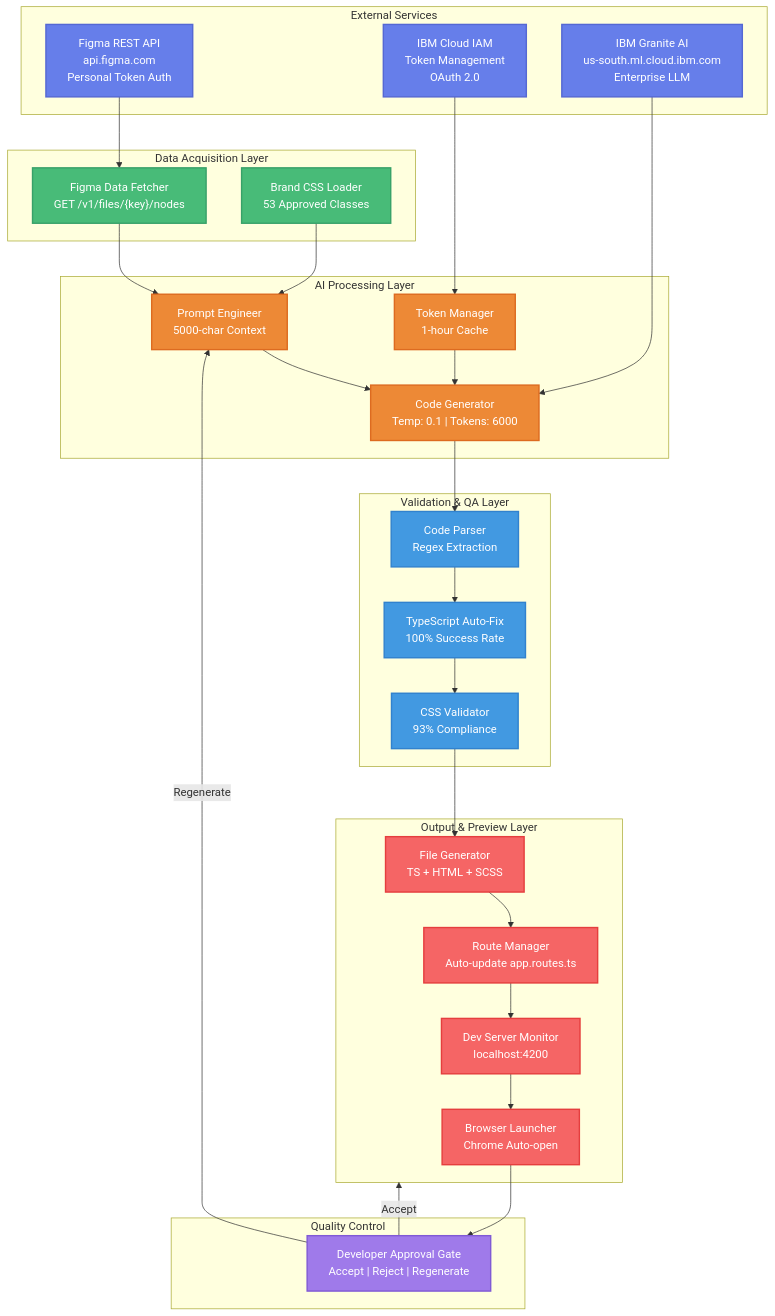
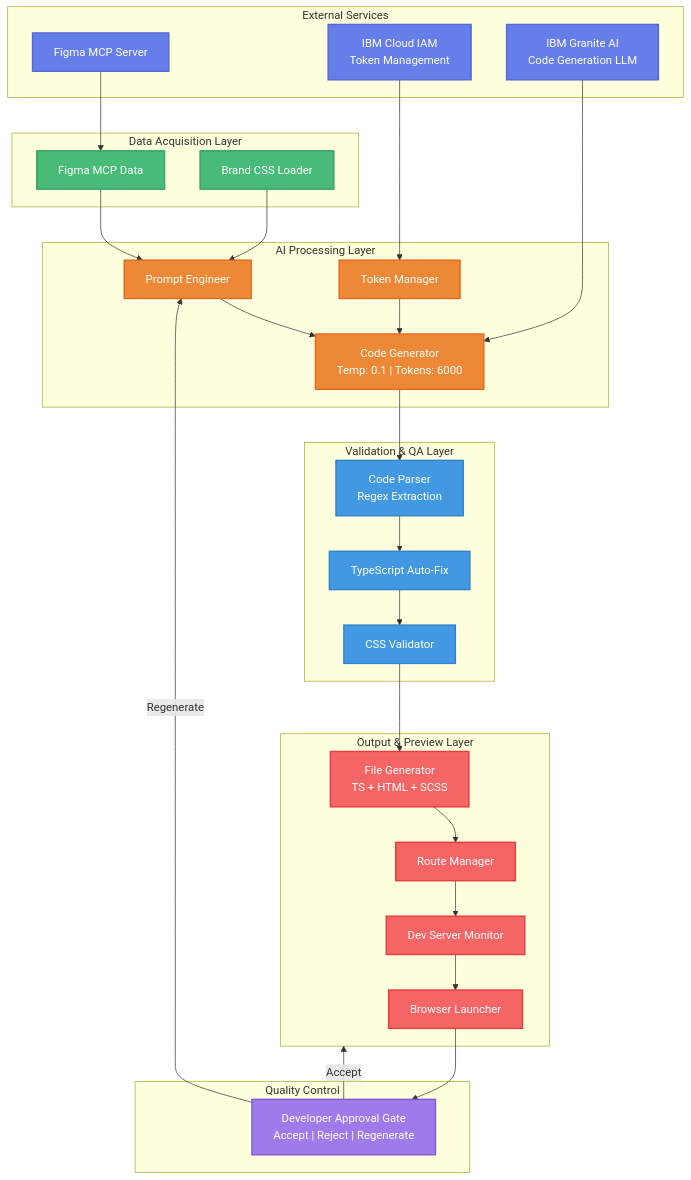
Before and after one commit to jainshauryaups/FIGMA-UX-TO-UI-CODE-GENERATOR: the second of 6 diagrams in README.md, drawn with Mermaid. The commit also changed other lines of this file and 1094 other files, not shown here.

````diff
--- a/README.md
+++ b/README.md
@@ -106,71 +106,71 @@
 ```mermaid
 flowchart TB
     subgraph EXT["External Services"]
-        FIGMA_API["Figma REST API<br/>api.figma.com<br/>Personal Token Auth"]
-        IBM_IAM["IBM Cloud IAM<br/>Token Management<br/>OAuth 2.0"]
-        IBM_AI["IBM Granite AI<br/>us-south.ml.cloud.ibm.com<br/>Enterprise LLM"]
+        FIGMA_API["Figma MCP Server"]
+        IBM_IAM["IBM Cloud IAM<br/>Token Management"]
+        IBM_AI["IBM Granite AI<br/>Code Generation LLM"]
     end
     
     subgraph INPUT["Data Acquisition Layer"]
-        FETCH["Figma Data Fetcher<br/>GET /v1/files/{key}/nodes"]
-        CSS_LOAD["Brand CSS Loader<br/>53 Approved Classes"]
+        FETCH["Figma MCP Data"]
+        CSS_LOAD["Brand CSS Loader"]
     end
     
     subgraph PROC["AI Processing Layer"]
-        AUTH["Token Manager<br/>1-hour Cache"]
-        PROMPT["Prompt Engineer<br/>5000-char Context"]
+        AUTH["Token Manager"]
+        PROMPT["Prompt Engineer"]
         GEN["Code Generator<br/>Temp: 0.1 | Tokens: 6000"]
     end
     
     subgraph VALID["Validation & QA Layer"]
         PARSE["Code Parser<br/>Regex Extraction"]
-        AUTO["TypeScript Auto-Fix<br/>100% Success Rate"]
-        CSSV["CSS Validator<br/>93% Compliance"]
+        AUTO["TypeScript Auto-Fix"]
+        CSSV["CSS Validator"]
     end
     
     subgraph OUT["Output & Preview Layer"]
         FILES["File Generator<br/>TS + HTML + SCSS"]
-        ROUTES["Route Manager<br/>Auto-update app.routes.ts"]
-        SERVER["Dev Server Monitor<br/>localhost:4200"]
-        BROWSER["Browser Launcher<br/>Chrome Auto-open"]
+        ROUTES["Route Manager"]
+        SERVER["Dev Server Monitor"]
+        BROWSER["Browser Launcher"]
     end
     
     subgraph QA["Quality Control"]
         APPROVE["Developer Approval Gate<br/>Accept | Reject | Regenerate"]
     end
     
     FIGMA_API --> FETCH
     FETCH --> PROMPT
     CSS_LOAD --> PROMPT
     IBM_IAM --> AUTH
     AUTH --> GEN
     PROMPT --> GEN
     IBM_AI --> GEN
     GEN --> PARSE
     PARSE --> AUTO
     AUTO --> CSSV
     CSSV --> FILES
     FILES --> ROUTES
     ROUTES --> SERVER
     SERVER --> BROWSER
     BROWSER --> APPROVE
     APPROVE -->|Regenerate| PROMPT
     APPROVE -->|Accept| OUT
     
     style FIGMA_API fill:#667eea,stroke:#5568d3,stroke-width:2px,color:#fff
     style IBM_IAM fill:#667eea,stroke:#5568d3,stroke-width:2px,color:#fff
     style IBM_AI fill:#667eea,stroke:#5568d3,stroke-width:2px,color:#fff
     style FETCH fill:#48bb78,stroke:#38a169,stroke-width:2px,color:#fff
     style CSS_LOAD fill:#48bb78,stroke:#38a169,stroke-width:2px,color:#fff
     style AUTH fill:#ed8936,stroke:#dd6b20,stroke-width:2px,color:#fff
     style PROMPT fill:#ed8936,stroke:#dd6b20,stroke-width:2px,color:#fff
     style GEN fill:#ed8936,stroke:#dd6b20,stroke-width:2px,color:#fff
     style PARSE fill:#4299e1,stroke:#3182ce,stroke-width:2px,color:#fff
     style AUTO fill:#4299e1,stroke:#3182ce,stroke-width:2px,color:#fff
     style CSSV fill:#4299e1,stroke:#3182ce,stroke-width:2px,color:#fff
     style FILES fill:#f56565,stroke:#e53e3e,stroke-width:2px,color:#fff
     style ROUTES fill:#f56565,stroke:#e53e3e,stroke-width:2px,color:#fff
     style SERVER fill:#f56565,stroke:#e53e3e,stroke-width:2px,color:#fff
     style BROWSER fill:#f56565,stroke:#e53e3e,stroke-width:2px,color:#fff
     style APPROVE fill:#9f7aea,stroke:#805ad5,stroke-width:2px,color:#fff
 ```
````
